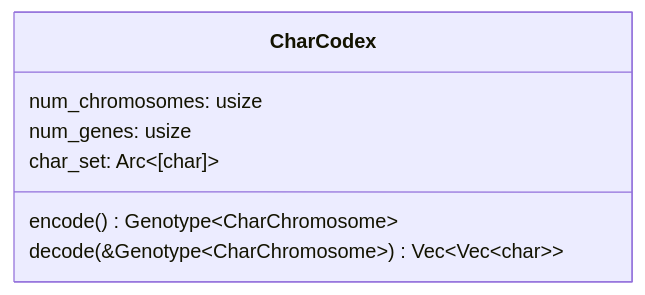
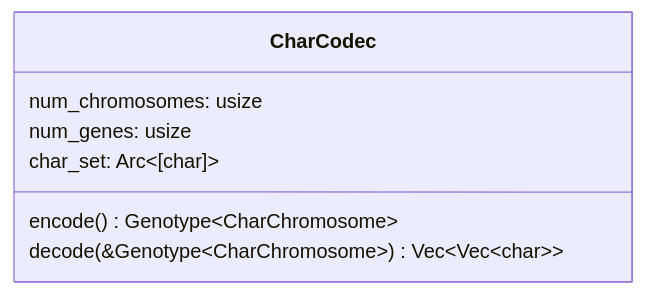
One commit to pkalivas/radiate changed the second of 6 diagrams in docs/source/codex.md. Above: the diagram before and after it, drawn with Mermaid. The commit also changed other lines of this file and 58 other files, not shown here.

````diff
--- a/docs/source/codex.md
+++ b/docs/source/codex.md
@@ -55,11 +48,11 @@
         ```mermaid
         classDiagram
-            class CharCodex {
+            class CharCodec {
                 num_chromosomes: usize
                 num_genes: usize
                 char_set: Arc~[char]~
                 
                 encode() Genotype~CharChromosome~
                 decode(&Genotype~CharChromosome~) Vec~Vec~char~~
             }
         ```
````
